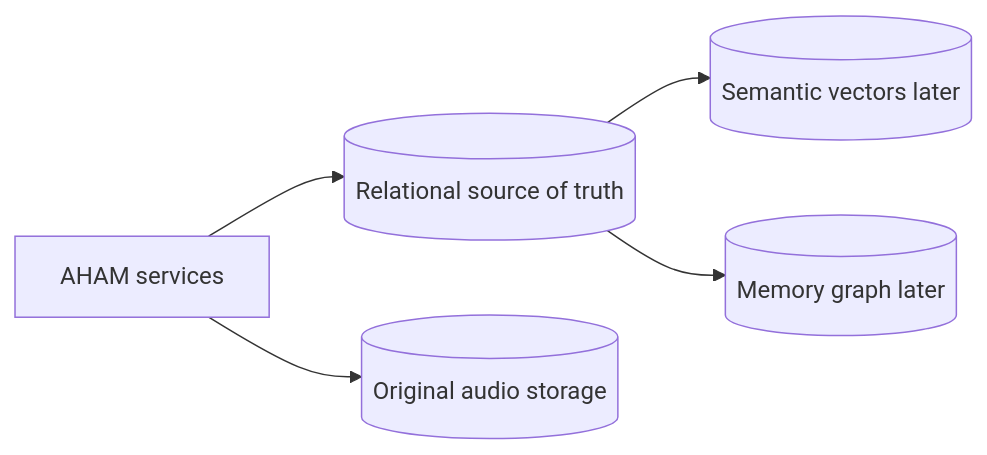
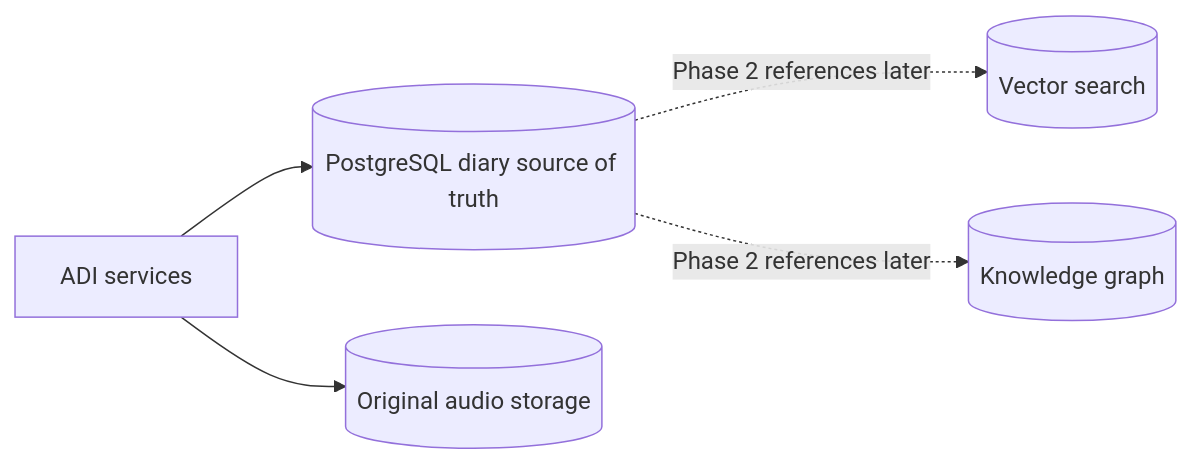
Before and after one commit to adityavarmachandika/aham-docs: the first of 2 diagrams in canvas/database/overview.md, drawn with Mermaid. The commit also changed other lines of this file and 9 other files, not shown here.

Commit message:
docs: define phase 1 ADI diary scope

````diff
--- a/canvas/database/overview.md
+++ b/canvas/database/overview.md
@@ -5,7 +7,7 @@
 ```mermaid
 flowchart LR
-    APP[AHAM services] --> SQL[(Relational source of truth)]
+    APP[ADI services] --> SQL[(PostgreSQL diary source of truth)]
     APP --> OBJ[(Original audio storage)]
-    SQL --> VEC[(Semantic vectors later)]
-    SQL --> KG[(Memory graph later)]
+    SQL -. Phase 2 references later .-> VEC[(Vector search)]
+    SQL -. Phase 2 references later .-> KG[(Knowledge graph)]
 ```
````
